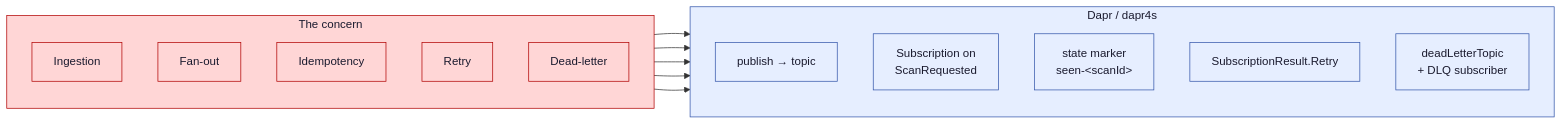
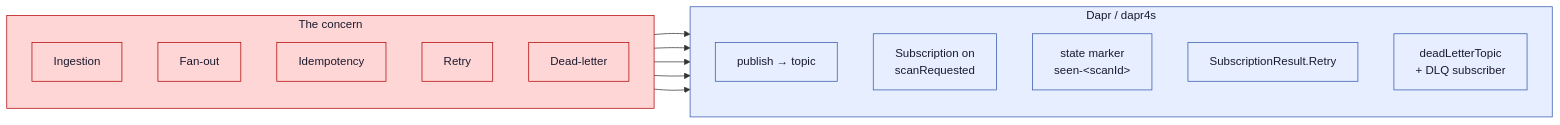
Before and after one commit to sideeffffect/dapr4s-examples: the eighth of 14 diagrams in SLIDES.md, drawn with Mermaid. The commit also changed other lines of this file and 10 other files, not shown here.

````diff
--- a/SLIDES.md
+++ b/SLIDES.md
@@ -1184,28 +1184,28 @@
 ```mermaid
 flowchart LR
   subgraph concerns["The concern"]
     direction TB
     I["Ingestion"]
     F["Fan-out"]
     ID["Idempotency"]
     RT["Retry"]
     DL["Dead-letter"]
   end
   subgraph dapr["Dapr / dapr4s"]
     direction TB
     PUB["publish → topic"]
-    SUB["Subscription on<br/>ScanRequested"]
+    SUB["Subscription on<br/>scanRequested"]
     STM["state marker<br/>seen-&lt;scanId&gt;"]
     RES["SubscriptionResult.Retry"]
     DLT["deadLetterTopic<br/>+ DLQ subscriber"]
   end
   I --> PUB
   F --> SUB
   ID --> STM
   RT --> RES
   DL --> DLT
   classDef cc fill:#ffd6d6,stroke:#b00000,color:#1a1a2e;
   classDef bb fill:#e6eeff,stroke:#3355aa,color:#1a1a2e;
   class concerns cc; class dapr bb;
   class I,F,ID,RT,DL cc; class PUB,SUB,STM,RES,DLT bb;
 ```
````
